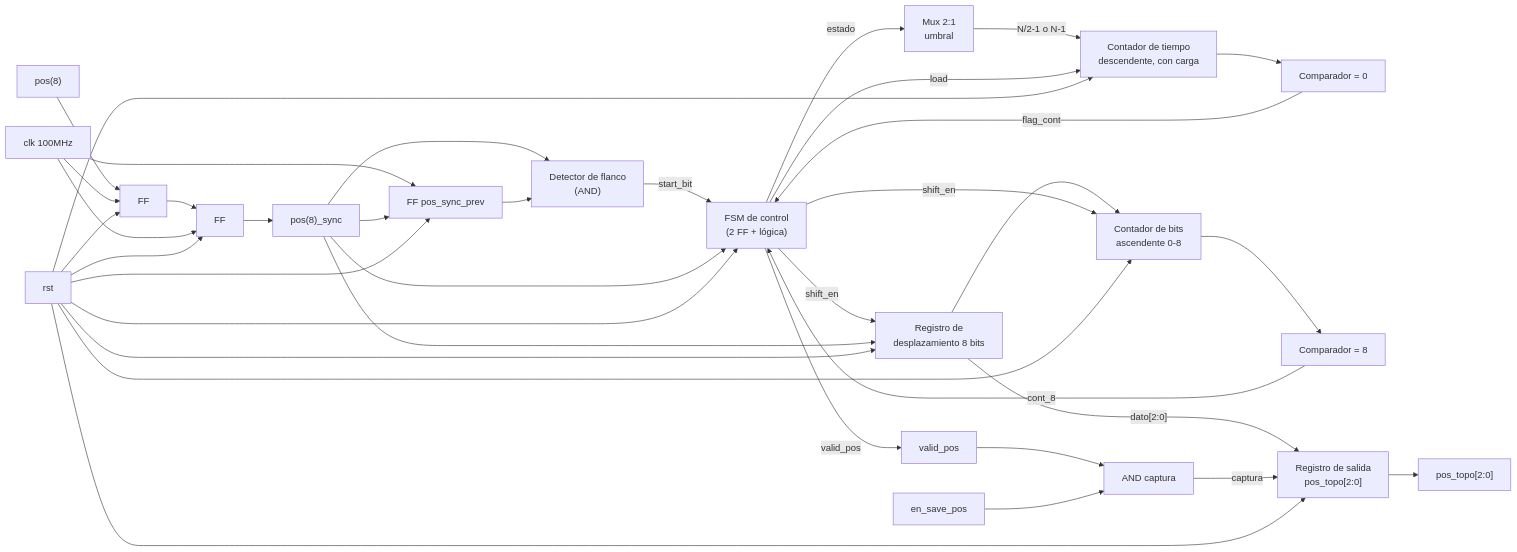
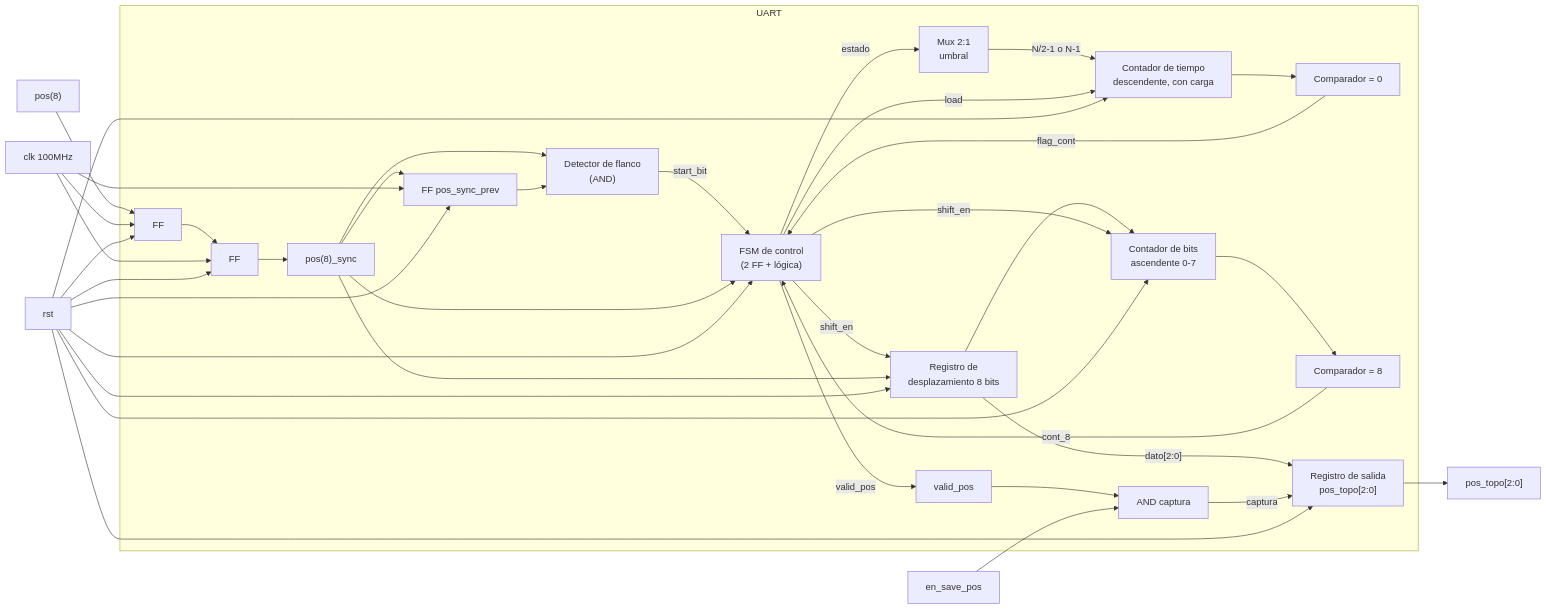
The diagram in docs/Diseños_Separados/fpga/m01_receptor_uart.md (Taller-de-diseno-digital-GR01/Proyecto-1-Whack-a-mole), drawn with Mermaid before and after one commit. The commit also changed 2 other files, not shown here.

Commit message:
m01_Recepptor_UART

````diff
--- a/docs/Diseños_Separados/fpga/m01_receptor_uart.md
+++ b/docs/Diseños_Separados/fpga/m01_receptor_uart.md
@@ -123,39 +123,49 @@
 ```mermaid
 flowchart LR
-    pos["pos(8)"] --> S1["FF"]
+subgraph UART["UART"]
+
     S1["FF"] --> S2["FF"]
     S2["FF"] --> SYNC["pos(8)_sync"]
-    CLK["clk 100MHz"] --> S1
-    CLK --> S2
-    CLK --> FEDGE["FF pos_sync_prev"]
+    
     SYNC --> FEDGE
     SYNC --> EDGE["Detector de flanco<br/>(AND)"]
     FEDGE --> EDGE
     EDGE -->|"start_bit"| CTRL["FSM de control<br/>(2 FF + lógica)"]
     CTRL -->|"estado"| MUX["Mux 2:1<br/>umbral"]
     MUX -->|"N/2-1 o N-1"| TCNT["Contador de tiempo<br/>descendente, con carga"]
     CTRL -->|"load"| TCNT
     TCNT --> CMP0["Comparador = 0"]
     CMP0 -->|"flag_cont"| CTRL
     CTRL -->|"shift_en"| SH["Registro de<br/>desplazamiento 8 bits"]
     SYNC --> SH
-    SH --> BCNT["Contador de bits<br/>ascendente 0-8"]
+    SH --> BCNT["Contador de bits<br/>ascendente 0-7"]
     CTRL -->|"shift_en"| BCNT
     BCNT --> CMP8["Comparador = 8"]
     CMP8 -->|"cont_8"| CTRL
     SYNC --> CTRL
     CTRL -->|"valid_pos"| VAL["valid_pos"]
     VAL --> AND1["AND captura"]
-    en_save_pos["en_save_pos"] --> AND1
+    
     SH -->|"dato[2:0]"| REGOUT["Registro de salida<br/>pos_topo[2:0]"]
     AND1 -->|captura| REGOUT
+
+
+end
+    pos["pos(8)"] --> S1["FF"]
+
+    CLK["clk 100MHz"] --> S1
+    CLK --> S2
+    CLK --> FEDGE["FF pos_sync_prev"]
+    
+    en_save_pos["en_save_pos"] --> AND1
     REGOUT --> pos_topo["pos_topo[2:0]"]
+
     rst["rst"] --> S1
     rst --> S2
     rst --> FEDGE
     rst --> CTRL
     rst --> TCNT
     rst --> SH
     rst --> BCNT
     rst --> REGOUT
 ```
````
